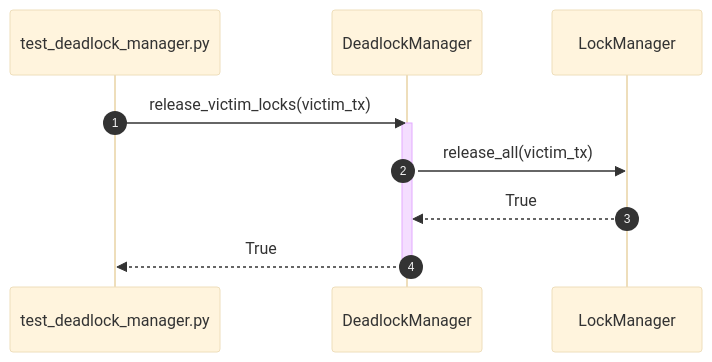
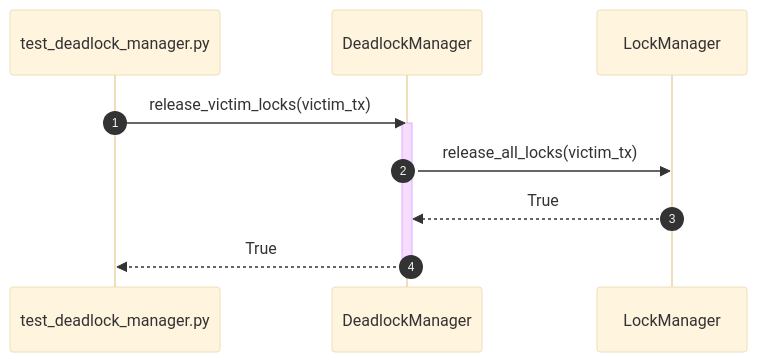
Before and after one commit to taitran501/DBMS: the fifth of 52 diagrams in diagrams/sequence/transaction.md, drawn with Mermaid (base theme). The commit also changed other lines of this file and 6 other files, not shown here.

````diff
--- a/diagrams/sequence/transaction.md
+++ b/diagrams/sequence/transaction.md
@@ -73,14 +73,14 @@
 ```mermaid
 sequenceDiagram
     autonumber
     participant Test as test_deadlock_manager.py
     participant SUT as DeadlockManager
     participant LockManager as LockManager
 
     Test->>SUT: release_victim_locks(victim_tx)
     activate SUT
-    SUT->>LockManager: release_all(victim_tx)
+    SUT->>LockManager: release_all_locks(victim_tx)
     LockManager-->>SUT: True
     SUT-->>Test: True
     deactivate SUT
 ```
````
